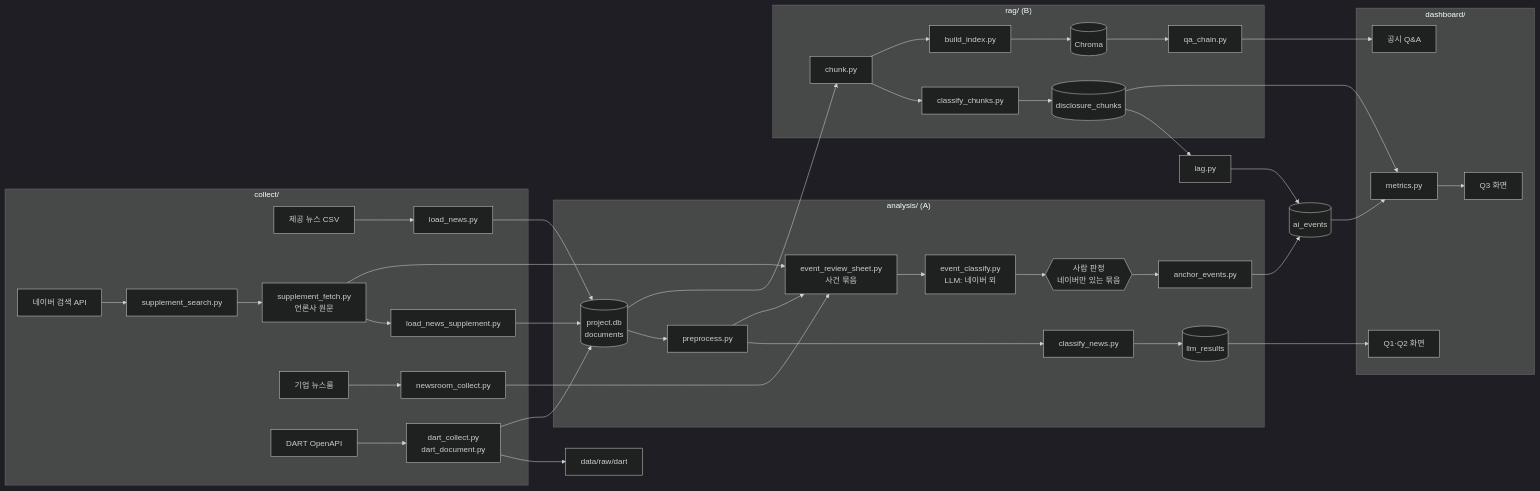
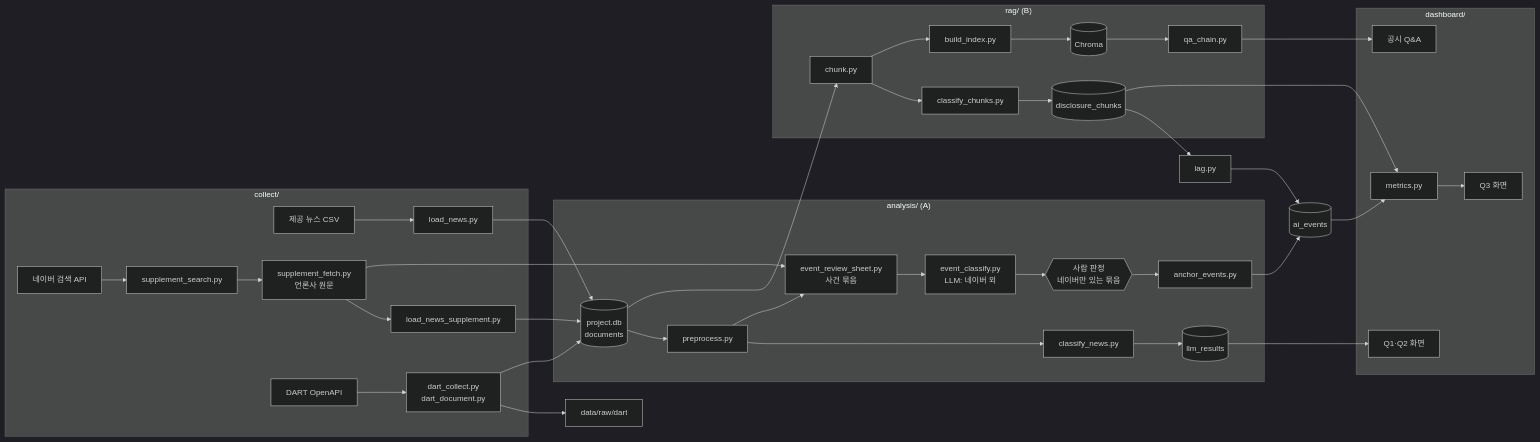
Before and after one commit to AI-Campus-1st/mid-marketing-insight: the diagram in docs/PROJECT_STRUCTURE.md, drawn with Mermaid (dark theme). The commit also changed other lines of this file and 5 other files, not shown here.

````diff
--- a/docs/PROJECT_STRUCTURE.md
+++ b/docs/PROJECT_STRUCTURE.md
@@ -95,42 +94,41 @@
 ```mermaid
 flowchart LR
     subgraph 수집["collect/"]
         N[제공 뉴스 CSV] --> LN[load_news.py]
         NAPI[네이버 검색 API] --> SS[supplement_search.py] --> SF[supplement_fetch.py<br/>언론사 원문]
         SF --> LS[load_news_supplement.py]
-        NR[기업 뉴스룸] --> NC[newsroom_collect.py]
         DART[DART OpenAPI] --> DC[dart_collect.py<br/>dart_document.py]
     end
 
     LN --> DB[(project.db<br/>documents)]
     LS --> DB
     DC --> RAW[data/raw/dart]
     DC --> DB
 
     subgraph 뉴스분석["analysis/ (A)"]
         DB --> PP[preprocess.py] --> CL[classify_news.py]
         CL --> LR[(llm_results)]
         PP --> RS[event_review_sheet.py<br/>사건 묶음]
-        NC --> RS
+
         SF --> RS
         RS --> EC[event_classify.py<br/>LLM: 네이버 외] --> HR{{사람 판정<br/>네이버만 있는 묶음}}
         HR --> AE[anchor_events.py]
     end
 
     subgraph 공시분석["rag/ (B)"]
         DB --> CH[chunk.py] --> CC[classify_chunks.py] --> DCH[(disclosure_chunks)]
         CH --> BI[build_index.py] --> VDB[(Chroma)]
         VDB --> QA[qa_chain.py]
     end
 
     AE --> EV[(ai_events)]
     DCH --> LAG[lag.py] --> EV
     EV --> MT[metrics.py]
     DCH --> MT
 
     subgraph 화면["dashboard/"]
         LR --> Q12[Q1·Q2 화면]
         MT --> Q3[Q3 화면]
         QA --> QAT[공시 Q&A]
     end
 ```
````
